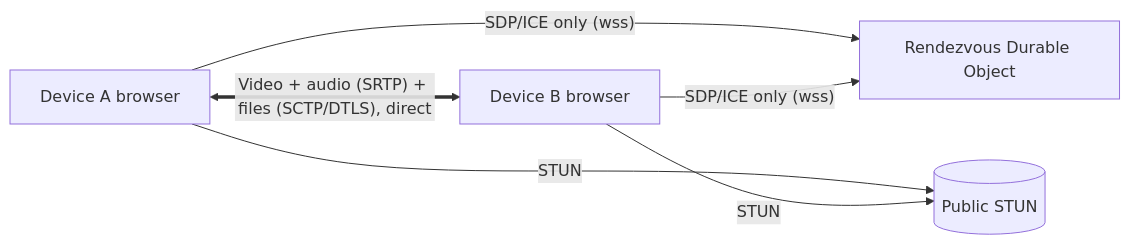
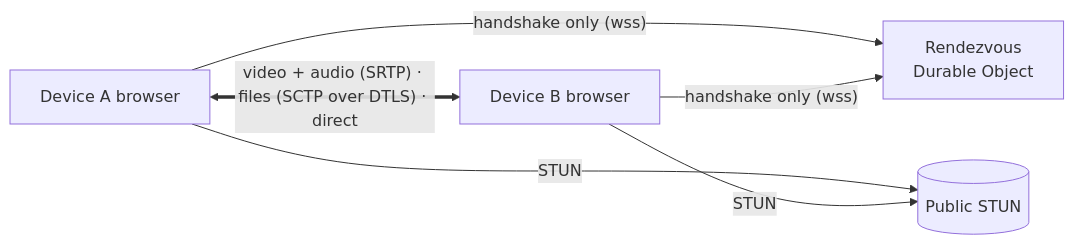
The diagram in README.md (hackeradhii/Dline), drawn with Mermaid before and after one commit. The commit also changed other lines of this file and 106 other files, not shown here.

First line of the commit message:
Dline Flow: delay-based file pacing that keeps calls smooth, plus cleanup

````diff
--- a/README.md
+++ b/README.md
@@ -65,8 +38,8 @@
 ```mermaid
 flowchart LR
-  A[Device A browser] -- "SDP/ICE only (wss)" --> R[Rendezvous Durable Object]
-  B[Device B browser] -- "SDP/ICE only (wss)" --> R
-  A -- "STUN" --> S[(Public STUN)]
-  B -- "STUN" --> S
-  A <== "Video + audio (SRTP) + files (SCTP/DTLS), direct" ==> B
+  A[Device A browser] -- "handshake only (wss)" --> R[Rendezvous<br/>Durable Object]
+  B[Device B browser] -- "handshake only (wss)" --> R
+  A -- STUN --> S[(Public STUN)]
+  B -- STUN --> S
+  A <== "video + audio (SRTP) · files (SCTP over DTLS) · direct" ==> B
 ```
````
